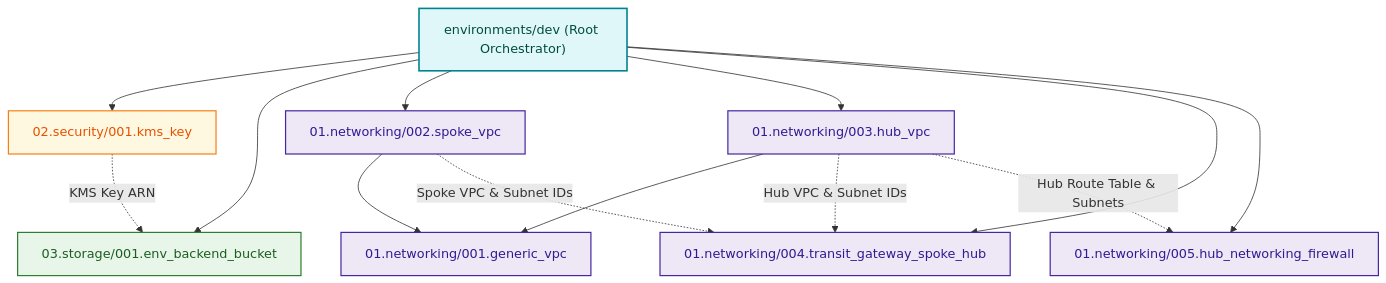
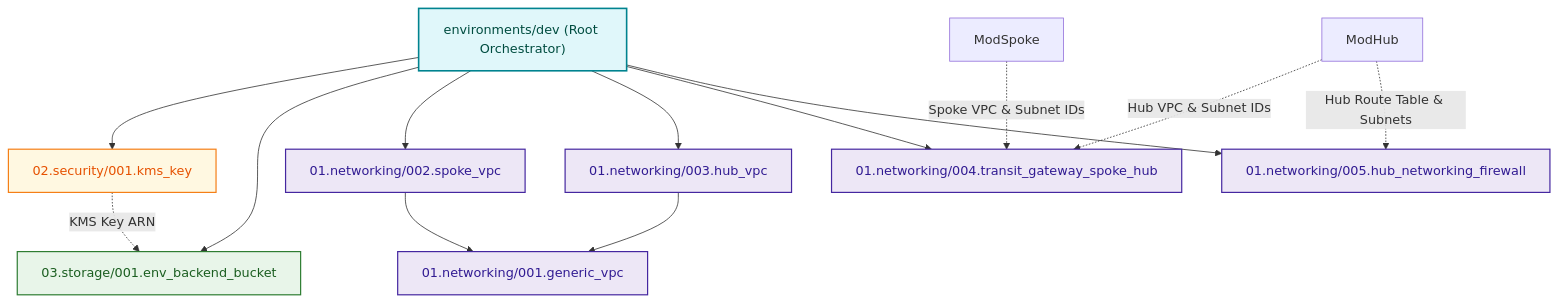
Before and after one commit to MikolajSedek/databricks_aws_deployment_01_vpc_networking: the third of 3 diagrams in README.md, drawn with Mermaid. The commit also changed other lines of this file and 7 other files, not shown here.

````diff
--- a/README.md
+++ b/README.md
@@ -148,32 +150,32 @@
 ```mermaid
 graph TD
     classDef env fill:#E0F7FA,stroke:#00838F,stroke-width:2px,color:#004D40;
     classDef modNet fill:#EDE7F6,stroke:#4527A0,stroke-width:1.5px,color:#311B92;
     classDef modSec fill:#FFF8E1,stroke:#F57F17,stroke-width:1.5px,color:#E65100;
     classDef modStor fill:#E8F5E9,stroke:#2E7D32,stroke-width:1.5px,color:#1B5E20;
 
     DevEnv["environments/dev (Root Orchestrator)"]:::env
 
     ModKMS["02.security/001.kms_key"]:::modSec
     ModBackend["03.storage/001.env_backend_bucket"]:::modStor
     ModBaseVPC["01.networking/001.generic_vpc"]:::modNet
     ModSpokeVPC["01.networking/002.spoke_vpc"]:::modNet
     ModHubVPC["01.networking/003.hub_vpc"]:::modNet
     ModTGW["01.networking/004.transit_gateway_spoke_hub"]:::modNet
     ModNFW["01.networking/005.hub_networking_firewall"]:::modNet
 
     DevEnv --> ModKMS
     DevEnv --> ModBackend
     DevEnv --> ModSpokeVPC
     DevEnv --> ModHubVPC
     DevEnv --> ModTGW
     DevEnv --> ModNFW
 
     ModSpokeVPC --> ModBaseVPC
     ModHubVPC --> ModBaseVPC
 
     ModKMS -.->|"KMS Key ARN"| ModBackend
-    ModHubVPC -.->|"Hub VPC & Subnet IDs"| ModTGW
-    ModSpokeVPC -.->|"Spoke VPC & Subnet IDs"| ModTGW
-    ModHubVPC -.->|"Hub Route Table & Subnets"| ModNFW
+    ModHub -.->|"Hub VPC & Subnet IDs"| ModTGW
+    ModSpoke -.->|"Spoke VPC & Subnet IDs"| ModTGW
+    ModHub -.->|"Hub Route Table & Subnets"| ModNFW
 ```
````
